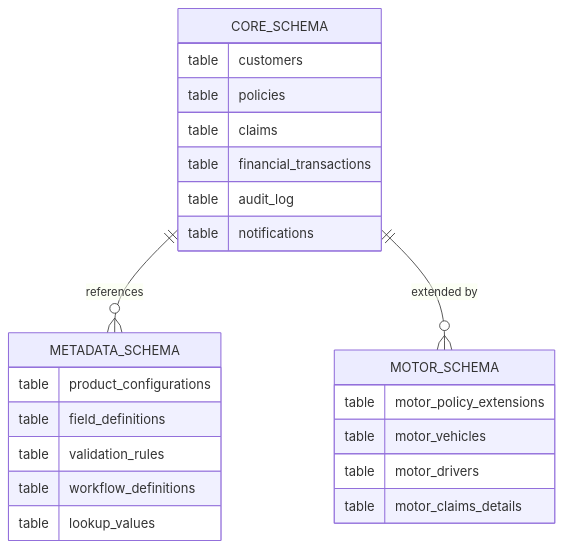
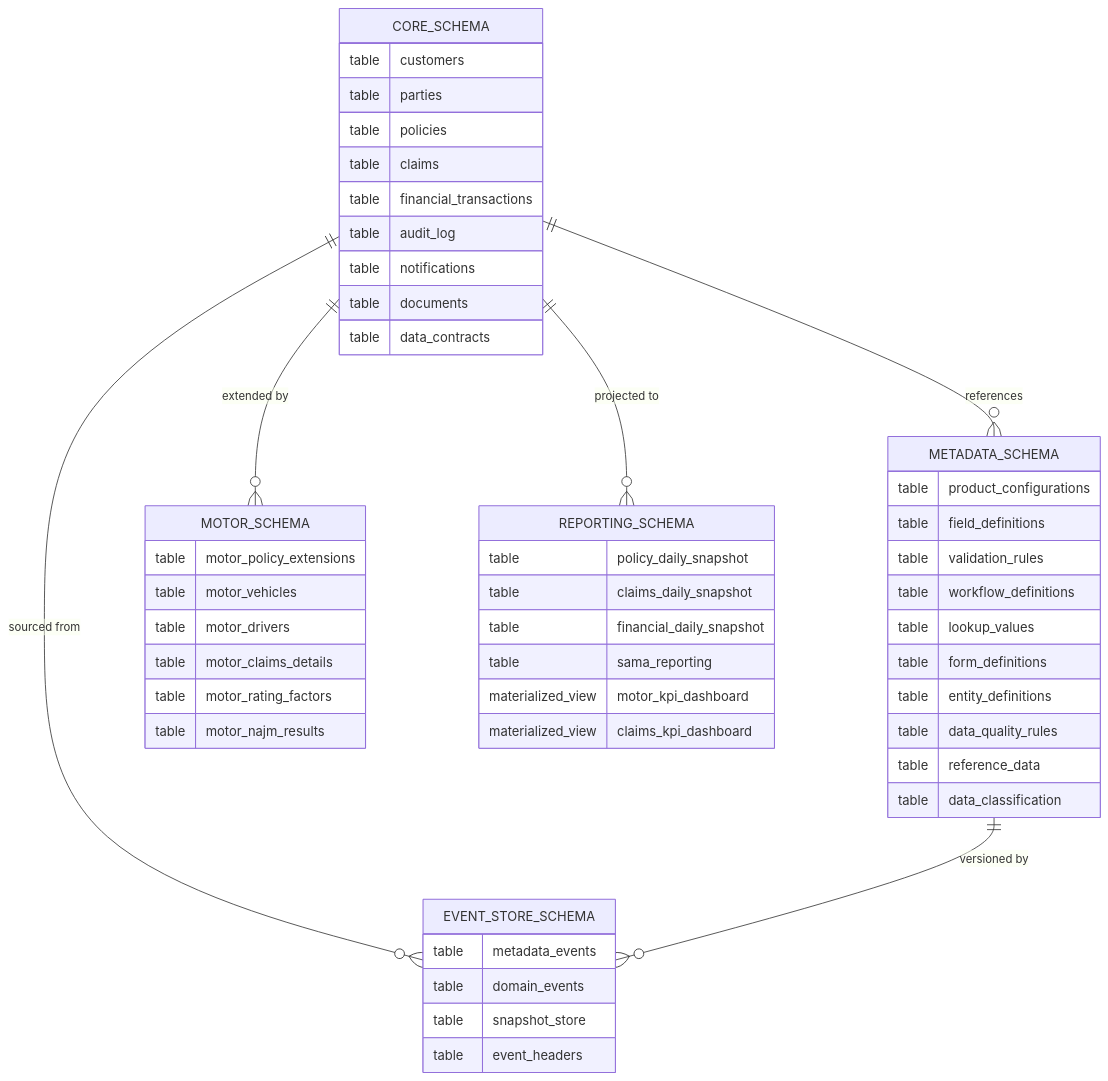
The first of 2 diagrams in knowledge-base/architecture/data-architecture.md (Offer-Core/enterprise-insurance-core-docs), drawn with Mermaid before and after one commit. The commit also changed other lines of this file and 16 other files, not shown here.

````diff
--- a/knowledge-base/architecture/data-architecture.md
+++ b/knowledge-base/architecture/data-architecture.md
@@ -29,29 +32,58 @@
 ```mermaid
 erDiagram
     CORE_SCHEMA ||--o{ METADATA_SCHEMA : "references"
     CORE_SCHEMA ||--o{ MOTOR_SCHEMA : "extended by"
+    CORE_SCHEMA ||--o{ EVENT_STORE_SCHEMA : "sourced from"
+    CORE_SCHEMA ||--o{ REPORTING_SCHEMA : "projected to"
+    METADATA_SCHEMA ||--o{ EVENT_STORE_SCHEMA : "versioned by"
 
     CORE_SCHEMA {
         table customers
+        table parties
         table policies
         table claims
         table financial_transactions
         table audit_log
         table notifications
+        table documents
+        table data_contracts
     }
 
     METADATA_SCHEMA {
         table product_configurations
         table field_definitions
         table validation_rules
         table workflow_definitions
         table lookup_values
+        table form_definitions
+        table entity_definitions
+        table data_quality_rules
+        table reference_data
+        table data_classification
+    }
+
+    EVENT_STORE_SCHEMA {
+        table metadata_events
+        table domain_events
+        table snapshot_store
+        table event_headers
     }
 
     MOTOR_SCHEMA {
         table motor_policy_extensions
         table motor_vehicles
         table motor_drivers
         table motor_claims_details
+        table motor_rating_factors
+        table motor_najm_results
+    }
+
+    REPORTING_SCHEMA {
+        table policy_daily_snapshot
+        table claims_daily_snapshot
+        table financial_daily_snapshot
+        table sama_reporting
+        materialized_view motor_kpi_dashboard
+        materialized_view claims_kpi_dashboard
     }
 ```
````
